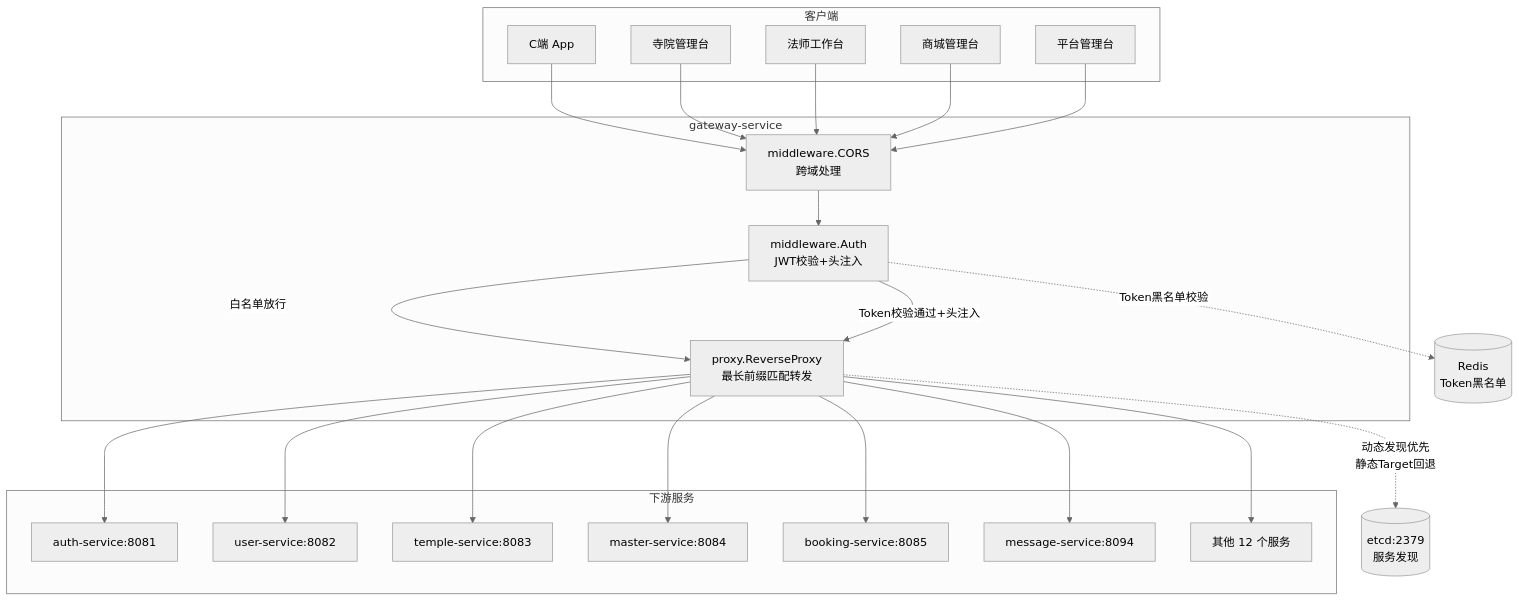
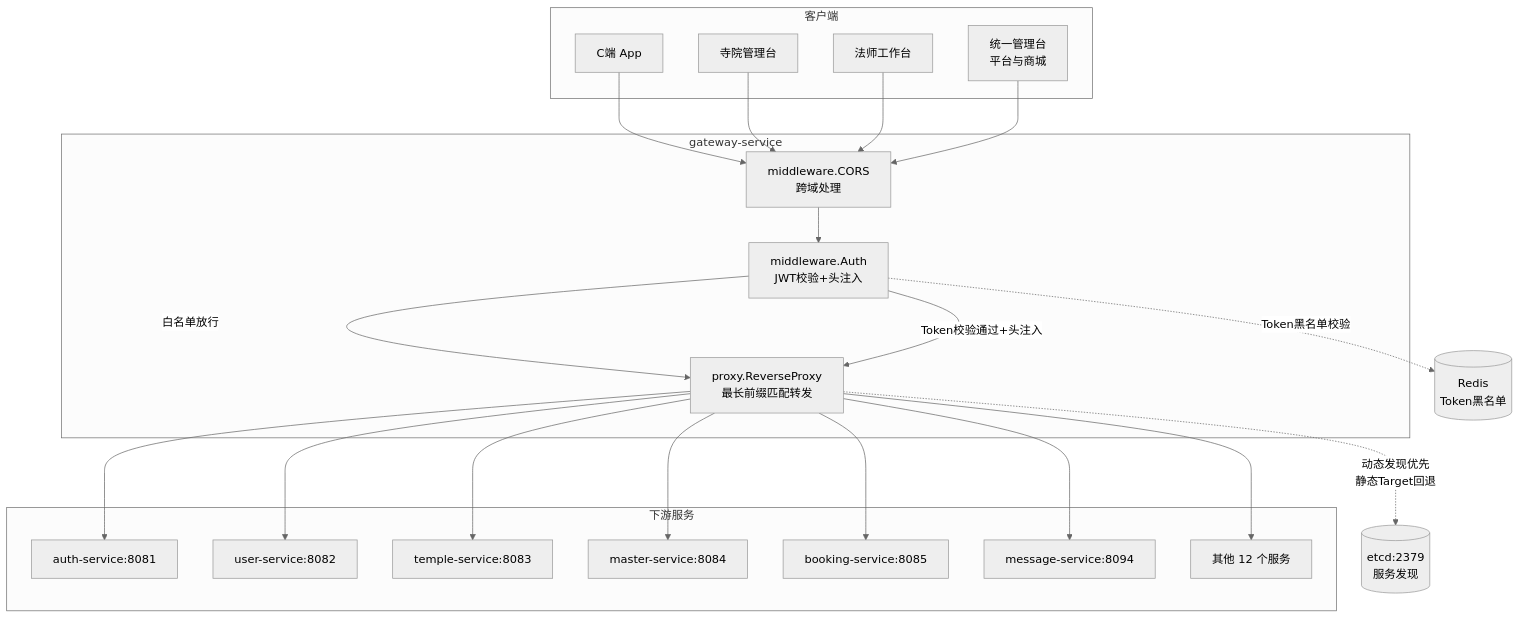
Before and after one commit to askxuan-dongfang/askxuan-docs: the diagram in docs/architecture/services/网关服务.md, drawn with Mermaid (neutral theme). The commit also changed other lines of this file and 22 other files, not shown here.

Commit message:
docs: publish current unified admin architecture and 0.0.1 handbooks

````diff
--- a/docs/architecture/services/网关服务.md
+++ b/docs/architecture/services/网关服务.md
@@ -27,37 +27,36 @@
 ```mermaid
 graph TB
     subgraph 客户端
         C1[C端 App]
         C2[寺院管理台]
         C3[法师工作台]
-        C4[商城管理台]
-        C5[平台管理台]
+        C4[统一管理台<br/>平台与商城]
     end
 
     subgraph gateway-service
         CORS[middleware.CORS<br/>跨域处理]
         AUTH[middleware.Auth<br/>JWT校验+头注入]
         PROXY[proxy.ReverseProxy<br/>最长前缀匹配转发]
     end
 
     subgraph 下游服务
         AUTH_SVC[auth-service:8081]
         USER_SVC[user-service:8082]
         TEMPLE_SVC[temple-service:8083]
         MASTER_SVC[master-service:8084]
         BOOKING_SVC[booking-service:8085]
         MSG_SVC[message-service:8094]
         OTHER_SVC[其他 12 个服务]
     end
 
     REDIS[(Redis<br/>Token黑名单)]
     ETCD[(etcd:2379<br/>服务发现)]
 
-    C1 & C2 & C3 & C4 & C5 --> CORS
+    C1 & C2 & C3 & C4 --> CORS
     CORS --> AUTH
     AUTH -->|白名单放行| PROXY
     AUTH -->|Token校验通过+头注入| PROXY
     AUTH -.Token黑名单校验.-> REDIS
     PROXY --> AUTH_SVC & USER_SVC & TEMPLE_SVC & MASTER_SVC & BOOKING_SVC & MSG_SVC & OTHER_SVC
     PROXY -.动态发现优先<br/>静态Target回退.-> ETCD
 ```
````
